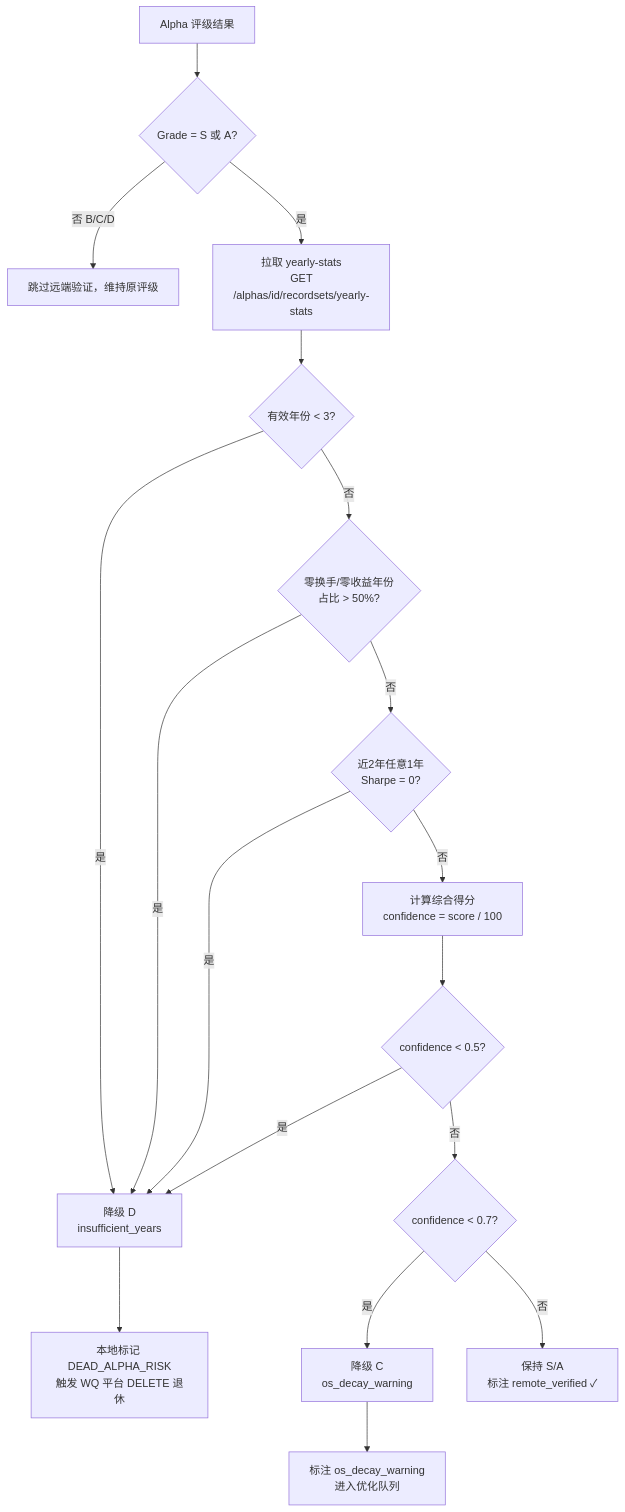
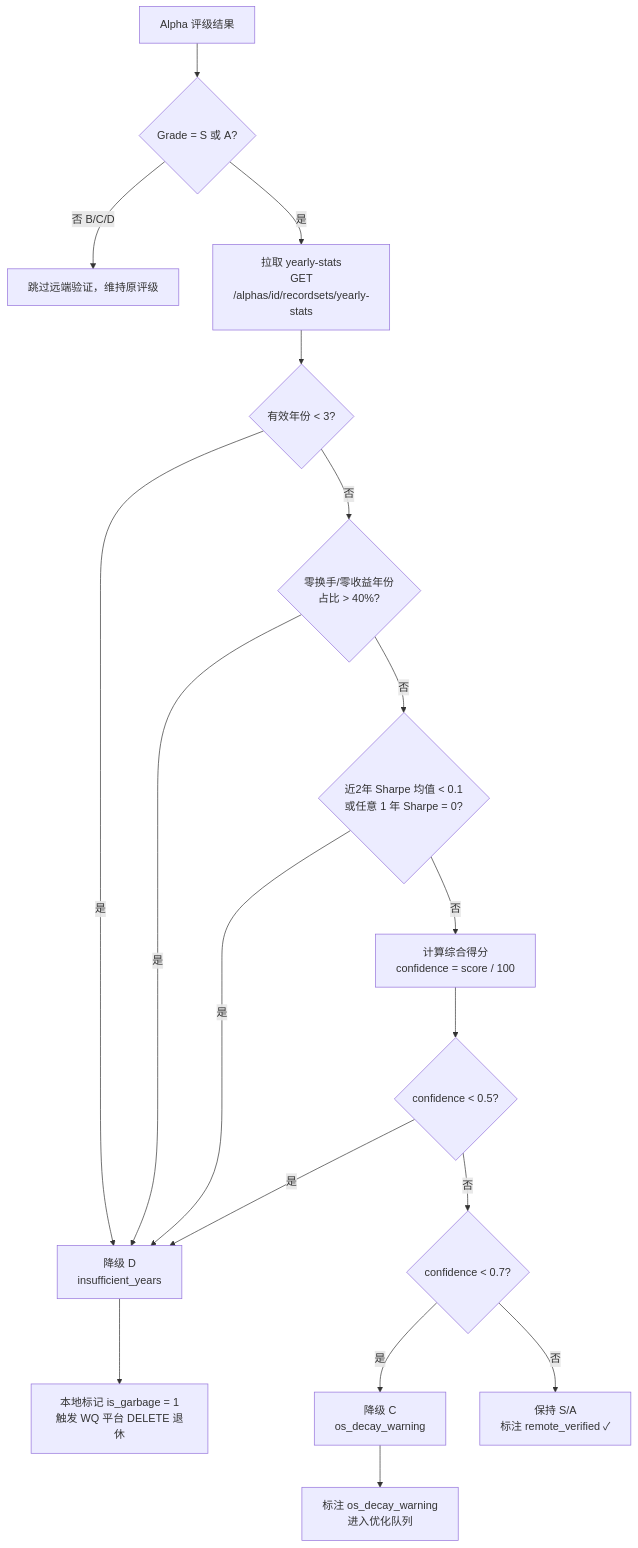
Before and after one commit to LuckDogGuan/WQ-Consultant: the fourth of 4 diagrams in doc/reference/alpha_assessment_and_grading.md, drawn with Mermaid. The commit also changed other lines of this file and 5 other files, not shown here.

Commit message:
feat: optimize factory-pattern factor (DEAD_ALPHA_RISK) logic with 5 PnL and 5 yearly stats criteria

````diff
--- a/doc/reference/alpha_assessment_and_grading.md
+++ b/doc/reference/alpha_assessment_and_grading.md
@@ -288,21 +233,21 @@
 ```mermaid
-graph TD
+flowchart TD
     A["Alpha 评级结果"] --> B{Grade = S 或 A?}
     B -->|否 B/C/D| Z[跳过远端验证，维持原评级]
     B -->|是| C["拉取 yearly-stats\n GET /alphas/id/recordsets/yearly-stats"]
     C --> D{有效年份 < 3?}
     D -->|是| DEAD["降级 D\ninsufficient_years"]
-    D -->|否| E{零换手/零收益年份\n占比 > 50%?}
+    D -->|否| E{零换手/零收益年份\n占比 > 40%?}
     E -->|是| DEAD
-    E -->|否| F{近2年任意1年\nSharpe = 0?}
+    E -->|否| F{近2年 Sharpe 均值 < 0.1\n 或任意 1 年 Sharpe = 0?}
     F -->|是| DEAD
     F -->|否| G["计算综合得分\nconfidence = score / 100"]
     G --> H{confidence < 0.5?}
     H -->|是| DEAD
     H -->|否| I{confidence < 0.7?}
     I -->|是| C2[降级 C\nos_decay_warning]
     I -->|否| J["保持 S/A\n标注 remote_verified ✓"]
 
-    DEAD --> K["本地标记 DEAD_ALPHA_RISK\n触发 WQ 平台 DELETE 退休"]
+    DEAD --> K["本地标记 is_garbage = 1\n触发 WQ 平台 DELETE 退休"]
     C2 --> L["标注 os_decay_warning\n进入优化队列"]
 ```
````
